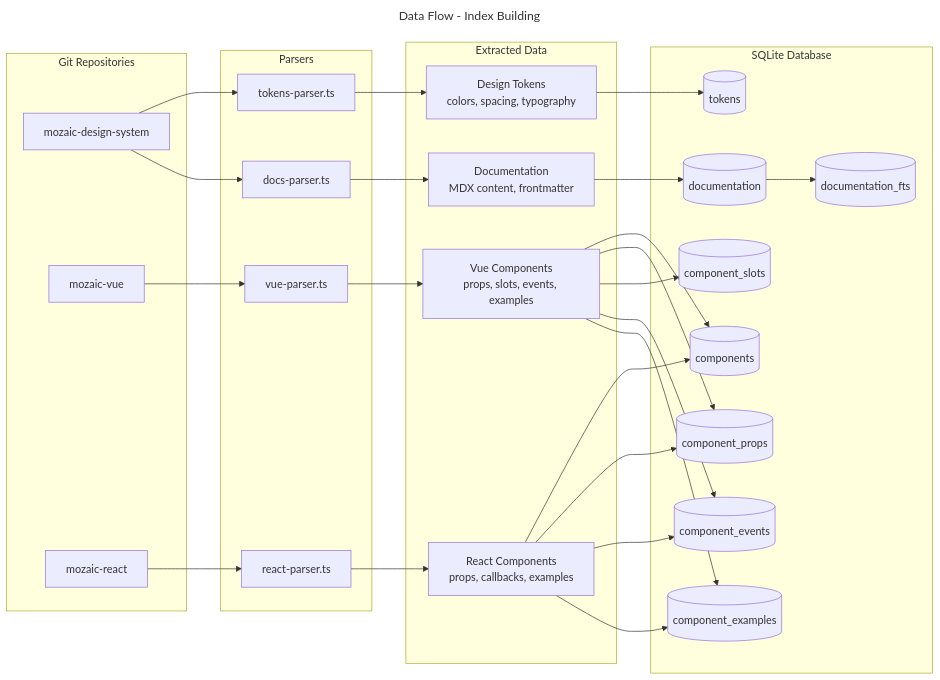
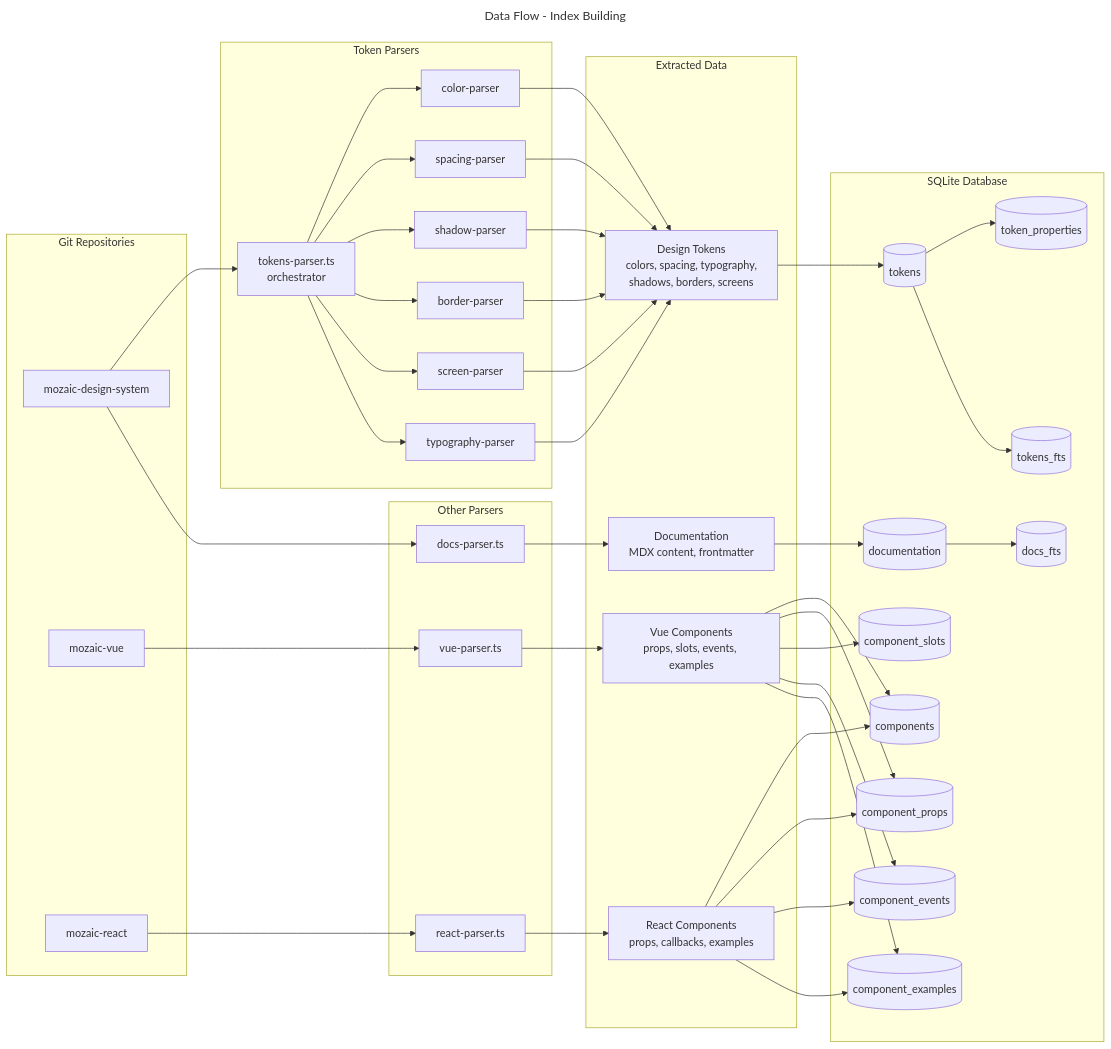
Before and after one commit to MerzoukeMansouri/adeo-mozaic-mcp: the diagram in docs/assets/dataflow.mmd, drawn with Mermaid. The commit also changed 27 other files, not shown here.

```diff
--- a/docs/assets/dataflow.mmd
+++ b/docs/assets/dataflow.mmd
@@ -1,42 +1,58 @@
 ---
 title: Data Flow - Index Building
 ---
 flowchart LR
     subgraph Repos["Git Repositories"]
         R1[mozaic-design-system]
         R2[mozaic-vue]
         R3[mozaic-react]
     end
 
-    subgraph Parsers["Parsers"]
-        P1[tokens-parser.ts]
+    subgraph TokenParsers["Token Parsers"]
+        TP[tokens-parser.ts<br/>orchestrator]
+        TP1[color-parser]
+        TP2[spacing-parser]
+        TP3[shadow-parser]
+        TP4[border-parser]
+        TP5[screen-parser]
+        TP6[typography-parser]
+    end
+
+    subgraph OtherParsers["Other Parsers"]
         P2[vue-parser.ts]
         P3[react-parser.ts]
         P4[docs-parser.ts]
     end
 
     subgraph Data["Extracted Data"]
-        D1[Design Tokens<br/>colors, spacing, typography]
+        D1[Design Tokens<br/>colors, spacing, typography,<br/>shadows, borders, screens]
         D2[Vue Components<br/>props, slots, events, examples]
         D3[React Components<br/>props, callbacks, examples]
         D4[Documentation<br/>MDX content, frontmatter]
     end
 
     subgraph DB["SQLite Database"]
         T1[(tokens)]
+        T1P[(token_properties)]
+        T1F[(tokens_fts)]
         T2[(components)]
         T3[(component_props)]
         T4[(component_slots)]
         T5[(component_events)]
         T6[(component_examples)]
         T7[(documentation)]
-        T8[(documentation_fts)]
+        T8[(docs_fts)]
     end
 
-    R1 --> P1 --> D1 --> T1
+    R1 --> TP
+    TP --> TP1 & TP2 & TP3 & TP4 & TP5 & TP6
+    TP1 & TP2 & TP3 & TP4 & TP5 & TP6 --> D1
+    D1 --> T1
+    T1 --> T1P & T1F
+
     R1 --> P4 --> D4 --> T7 --> T8
     R2 --> P2 --> D2 --> T2
     R3 --> P3 --> D3 --> T2
 
     D2 --> T3 & T4 & T5 & T6
     D3 --> T3 & T5 & T6
```
